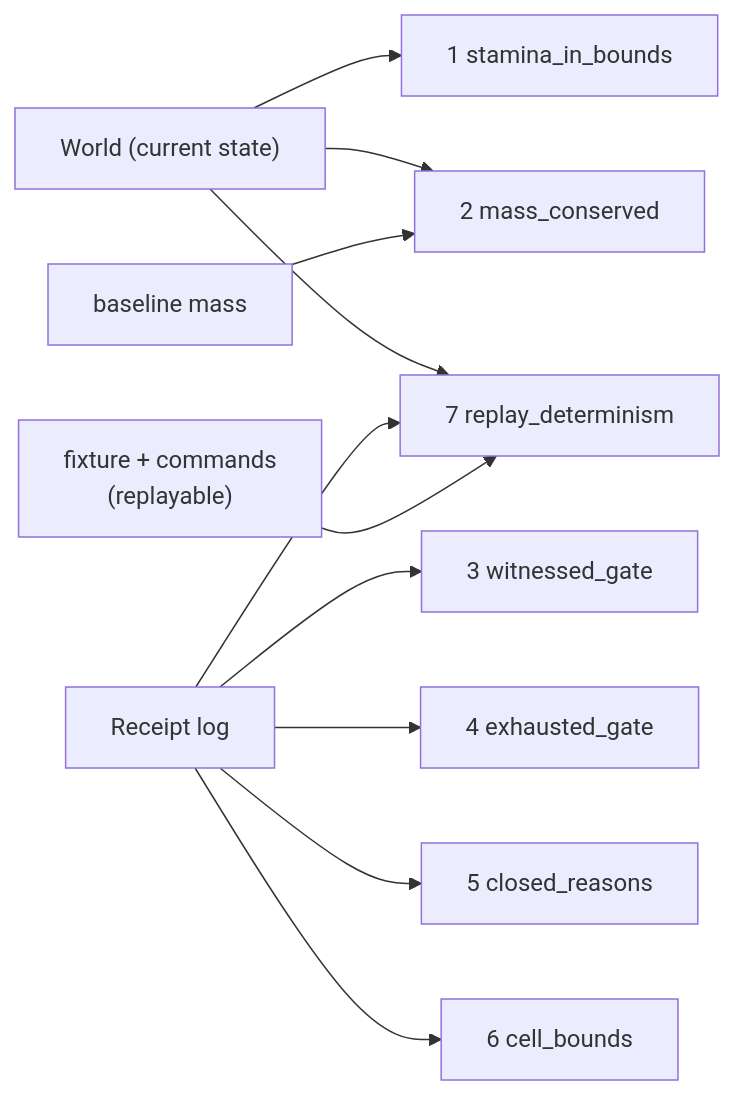
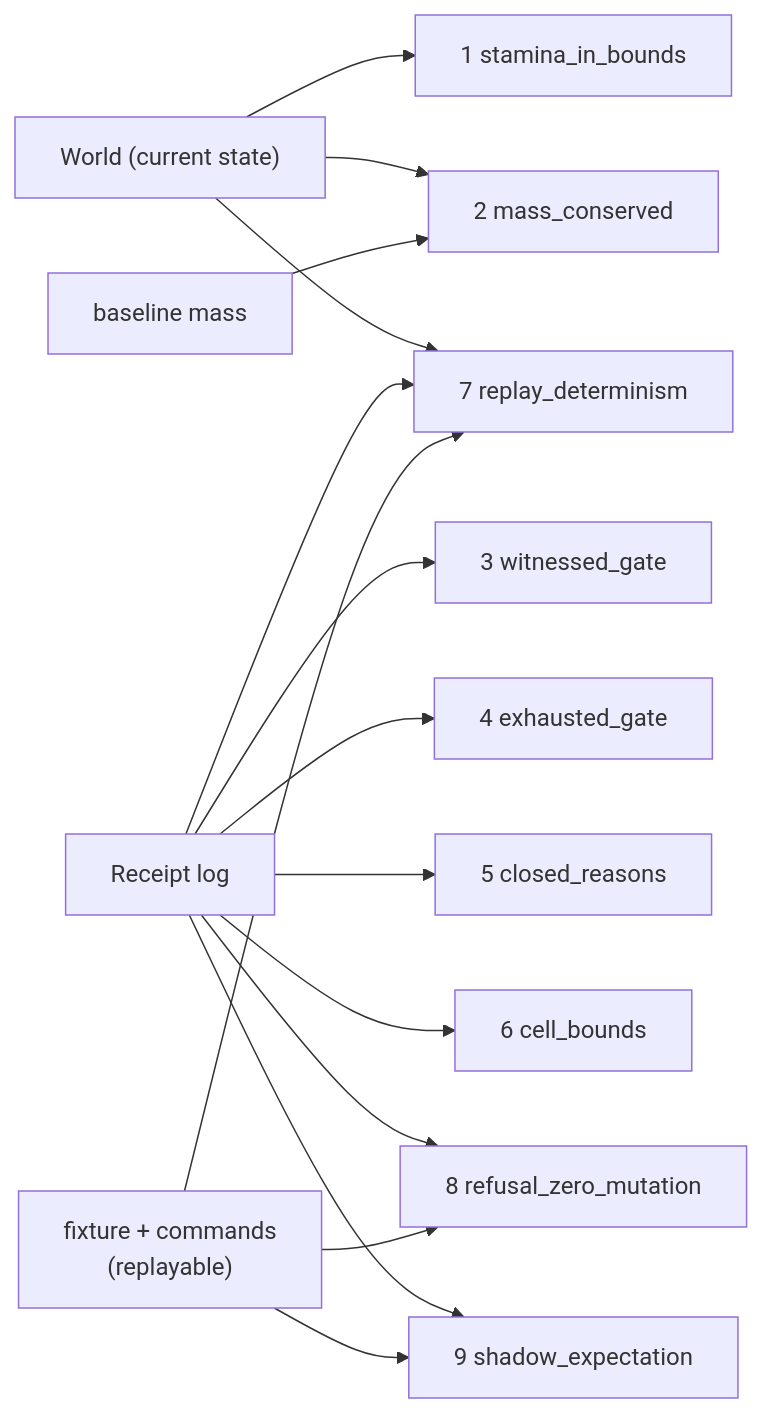
The fourth of 4 diagrams in docs/dependency-map.md (Eyjo16/gra-rust-bevy-spike), drawn with Mermaid before and after one commit. The commit also changed other lines of this file and 8 other files, not shown here.

````diff
--- a/docs/dependency-map.md
+++ b/docs/dependency-map.md
@@ -119,26 +119,32 @@
 ```mermaid
 flowchart LR
     world["World (current state)"]
     log["Receipt log"]
     base["baseline mass"]
     fix["fixture + commands<br/>(replayable)"]
 
     o1["1 stamina_in_bounds"]
     o2["2 mass_conserved"]
     o3["3 witnessed_gate"]
     o4["4 exhausted_gate"]
     o5["5 closed_reasons"]
     o6["6 cell_bounds"]
     o7["7 replay_determinism"]
+    o8["8 refusal_zero_mutation"]
+    o9["9 shadow_expectation"]
 
     world --> o1
     world --> o2
     base --> o2
     log --> o3
     log --> o4
     log --> o5
     log --> o6
     world --> o7
     log --> o7
     fix --> o7
+    log --> o8
+    fix --> o8
+    log --> o9
+    fix --> o9
 ```
````
